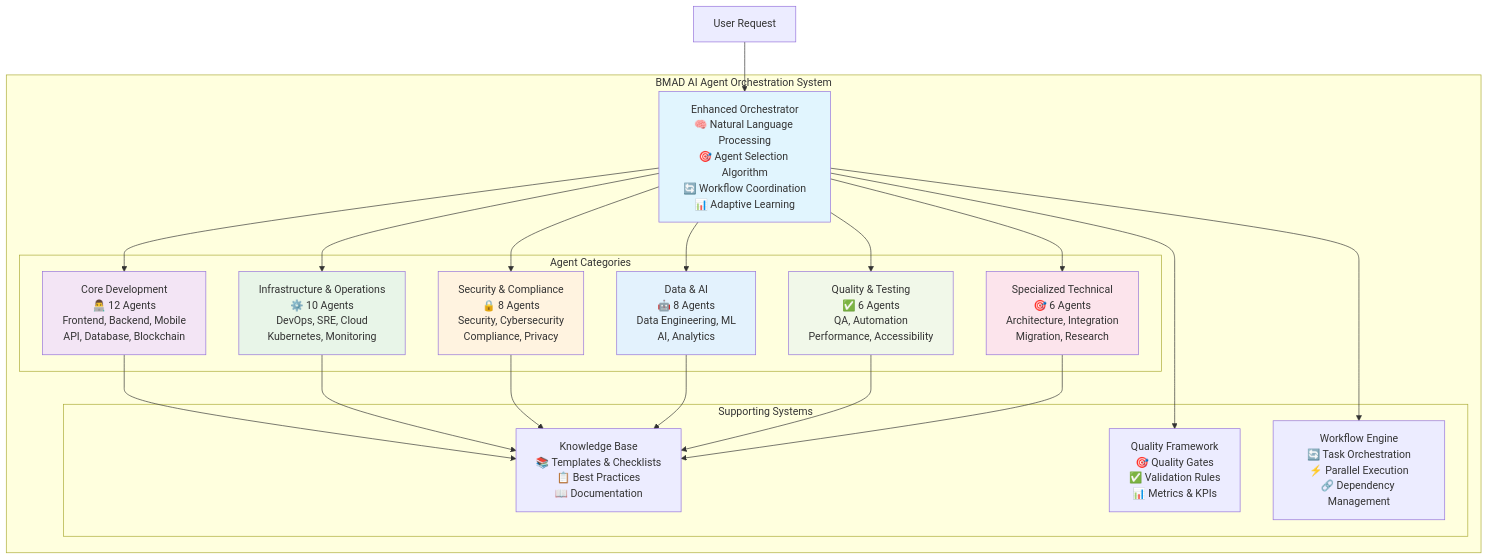
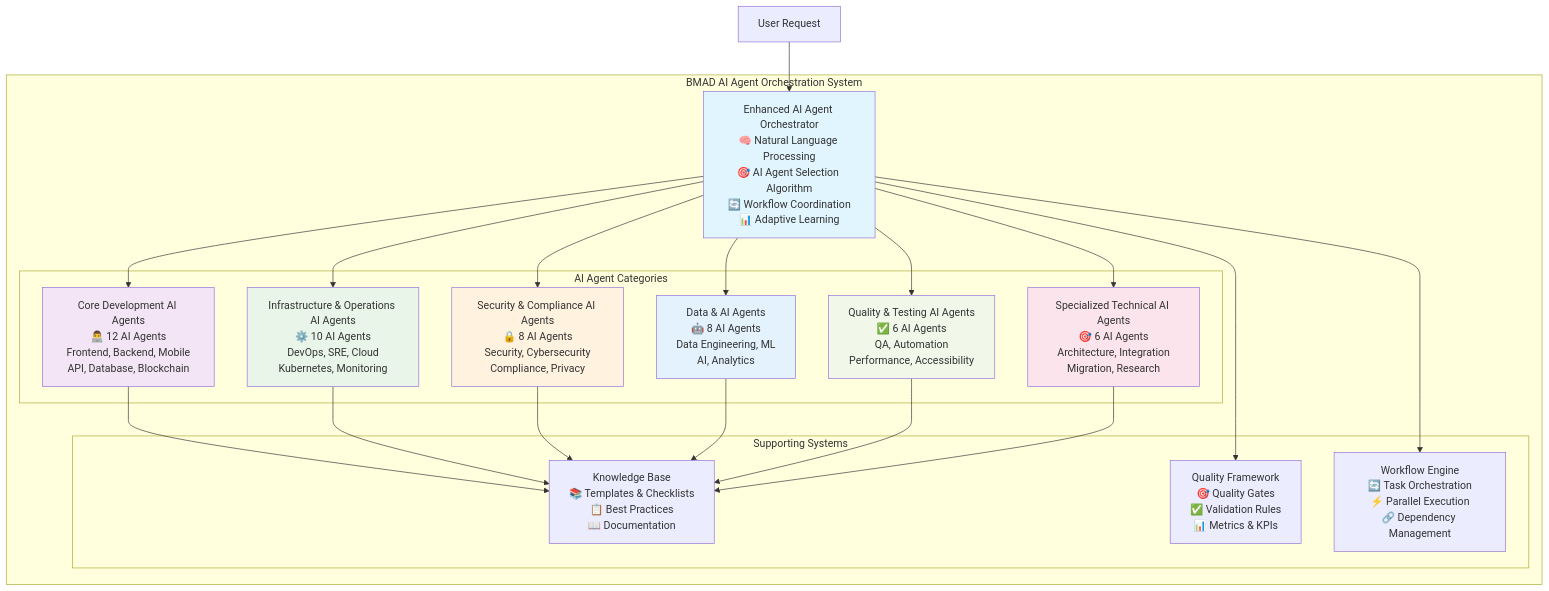
One commit to usemanusai/CodeMAD changed the first of 6 diagrams in README.md. Above: the diagram before and after it, drawn with Mermaid. The commit also changed other lines of this file, not shown here.

First line of the commit message:
Fix: Replace incorrect npm/Python setup instructions with correct AI agent orchestration content

````diff
--- a/README.md
+++ b/README.md
@@ -40,47 +65,47 @@
 ```mermaid
 graph TB
     subgraph "BMAD AI Agent Orchestration System"
-        O[Enhanced Orchestrator<br/>🧠 Natural Language Processing<br/>🎯 Agent Selection Algorithm<br/>🔄 Workflow Coordination<br/>📊 Adaptive Learning]
+        O[Enhanced AI Agent Orchestrator<br/>🧠 Natural Language Processing<br/>🎯 AI Agent Selection Algorithm<br/>🔄 Workflow Coordination<br/>📊 Adaptive Learning]
 
-        subgraph "Agent Categories"
-            CD[Core Development<br/>👨‍💻 12 Agents<br/>Frontend, Backend, Mobile<br/>API, Database, Blockchain]
-            IO[Infrastructure & Operations<br/>⚙️ 10 Agents<br/>DevOps, SRE, Cloud<br/>Kubernetes, Monitoring]
-            SC[Security & Compliance<br/>🔒 8 Agents<br/>Security, Cybersecurity<br/>Compliance, Privacy]
-            DA[Data & AI<br/>🤖 8 Agents<br/>Data Engineering, ML<br/>AI, Analytics]
-            QT[Quality & Testing<br/>✅ 6 Agents<br/>QA, Automation<br/>Performance, Accessibility]
-            ST[Specialized Technical<br/>🎯 6 Agents<br/>Architecture, Integration<br/>Migration, Research]
+        subgraph "AI Agent Categories"
+            CD[Core Development AI Agents<br/>👨‍💻 12 AI Agents<br/>Frontend, Backend, Mobile<br/>API, Database, Blockchain]
+            IO[Infrastructure & Operations AI Agents<br/>⚙️ 10 AI Agents<br/>DevOps, SRE, Cloud<br/>Kubernetes, Monitoring]
+            SC[Security & Compliance AI Agents<br/>🔒 8 AI Agents<br/>Security, Cybersecurity<br/>Compliance, Privacy]
+            DA[Data & AI Agents<br/>🤖 8 AI Agents<br/>Data Engineering, ML<br/>AI, Analytics]
+            QT[Quality & Testing AI Agents<br/>✅ 6 AI Agents<br/>QA, Automation<br/>Performance, Accessibility]
+            ST[Specialized Technical AI Agents<br/>🎯 6 AI Agents<br/>Architecture, Integration<br/>Migration, Research]
         end
 
         subgraph "Supporting Systems"
             KB[Knowledge Base<br/>📚 Templates & Checklists<br/>📋 Best Practices<br/>📖 Documentation]
             QF[Quality Framework<br/>🎯 Quality Gates<br/>✅ Validation Rules<br/>📊 Metrics & KPIs]
             WE[Workflow Engine<br/>🔄 Task Orchestration<br/>⚡ Parallel Execution<br/>🔗 Dependency Management]
         end
     end
 
     U[User Request] --> O
     O --> CD
     O --> IO
     O --> SC
     O --> DA
     O --> QT
     O --> ST
 
     CD --> KB
     IO --> KB
     SC --> KB
     DA --> KB
     QT --> KB
     ST --> KB
 
     O --> QF
     O --> WE
 
     style O fill:#e1f5fe
     style CD fill:#f3e5f5
     style IO fill:#e8f5e8
     style SC fill:#fff3e0
     style DA fill:#e3f2fd
     style QT fill:#f1f8e9
     style ST fill:#fce4ec
 ```
````
